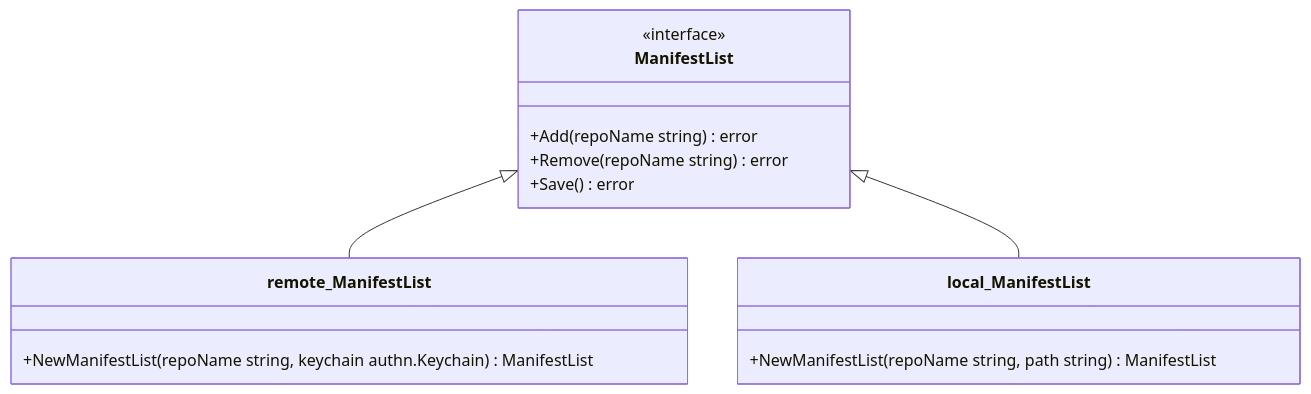
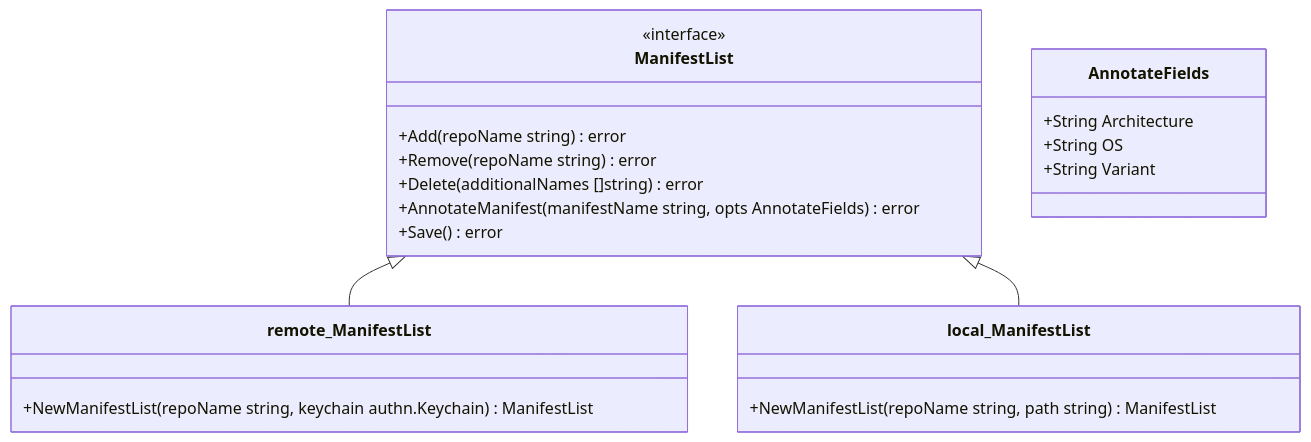
The diagram in text/0000-pack-manifest-list-commands.md (buildpacks/rfcs), drawn with Mermaid before and after one commit. The commit also changed other lines of this file, not shown here.

````diff
--- a/text/0000-pack-manifest-list-commands.md
+++ b/text/0000-pack-manifest-list-commands.md
@@ -170,20 +173,28 @@
 ```mermaid
 classDiagram
-    ManifestList <|-- remote_ManifestList
-    ManifestList <|-- local_ManifestList 
+    class ManifestList {
+       <<interface>>
+        +Add(repoName string) error
+        +Remove(repoName string) error
+        +Delete(additionalNames []string) error
+        +AnnotateManifest(manifestName string, opts AnnotateFields) error
+        +Save() error
+    }
 
     class remote_ManifestList {
         +NewManifestList(repoName string, keychain authn.Keychain) ManifestList 
     }
 
     class local_ManifestList {
          +NewManifestList(repoName string, path string) ManifestList
     }
-
-    class ManifestList {
-       <<interface>>
-        +Add(repoName string) error
-        +Remove(repoName string) error
-        +Save() error
+    
+    class AnnotateFields {
+         +String Architecture
+         +String OS
+         +String Variant
     }
+    
+    ManifestList <|-- remote_ManifestList
+    ManifestList <|-- local_ManifestList 
 ```
````
